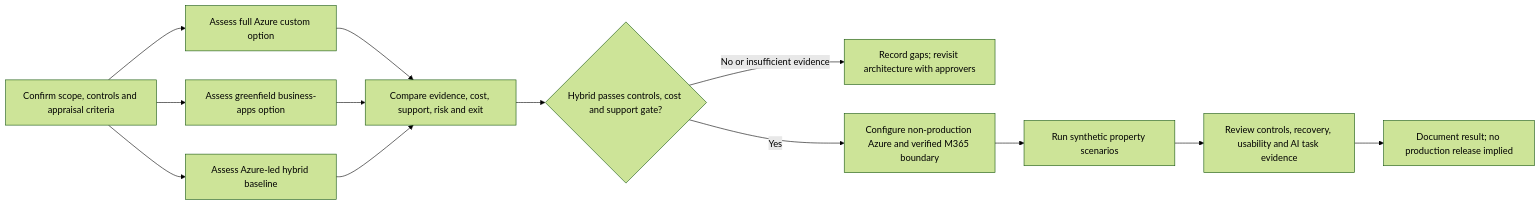
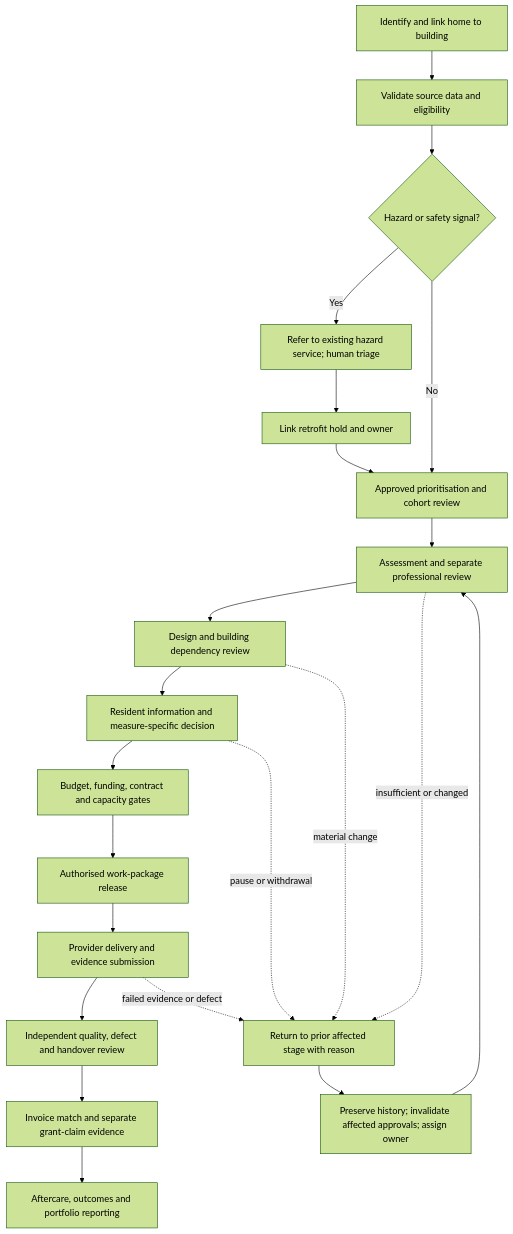
The diagram in docs/prds/proper-warm-retrofit-programme-demonstrator.md (jmservera/ama), drawn with Mermaid (forest theme) before and after one commit. The commit also changed other lines of this file and 5 other files, not shown here.

````diff
--- a/docs/prds/proper-warm-retrofit-programme-demonstrator.md
+++ b/docs/prds/proper-warm-retrofit-programme-demonstrator.md
@@ -480,15 +305,24 @@
 ```mermaid
-flowchart LR
-    A[Confirm scope, controls and appraisal criteria] --> B[Assess full Azure custom option]
-    A --> C[Assess greenfield business-apps option]
-    A --> D[Assess Azure-led hybrid baseline]
-    B --> E[Compare evidence, cost, support, risk and exit]
-    C --> E
-    D --> E
-    E --> F{Hybrid passes controls, cost and support gate?}
-    F -- No or insufficient evidence --> G[Record gaps; revisit architecture with approvers]
-    F -- Yes --> H[Configure non-production Azure and verified M365 boundary]
-    H --> I[Run synthetic property scenarios]
-    I --> J[Review controls, recovery, usability and AI task evidence]
-    J --> K[Document result; no production release implied]
+flowchart TD
+    A[Identify and link home to building] --> B[Validate source data and eligibility]
+    B --> C{Hazard or safety signal?}
+    C -- Yes --> D[Refer to existing hazard service; human triage]
+    D --> E[Link retrofit hold and owner]
+    C -- No --> F[Approved prioritisation and cohort review]
+    E --> F
+    F --> G[Assessment and separate professional review]
+    G --> H[Design and building dependency review]
+    H --> I[Resident information and measure-specific decision]
+    I --> J[Budget, funding, contract and capacity gates]
+    J --> K[Authorised work-package release]
+    K --> L[Provider delivery and evidence submission]
+    L --> M[Independent quality, defect and handover review]
+    M --> N[Invoice match and separate grant-claim evidence]
+    N --> O[Aftercare, outcomes and portfolio reporting]
+    G -. insufficient or changed .-> R[Return to prior affected stage with reason]
+    H -. material change .-> R
+    I -. pause or withdrawal .-> R
+    L -. failed evidence or defect .-> R
+    R --> Q[Preserve history; invalidate affected approvals; assign owner]
+    Q --> G
 ```
````
